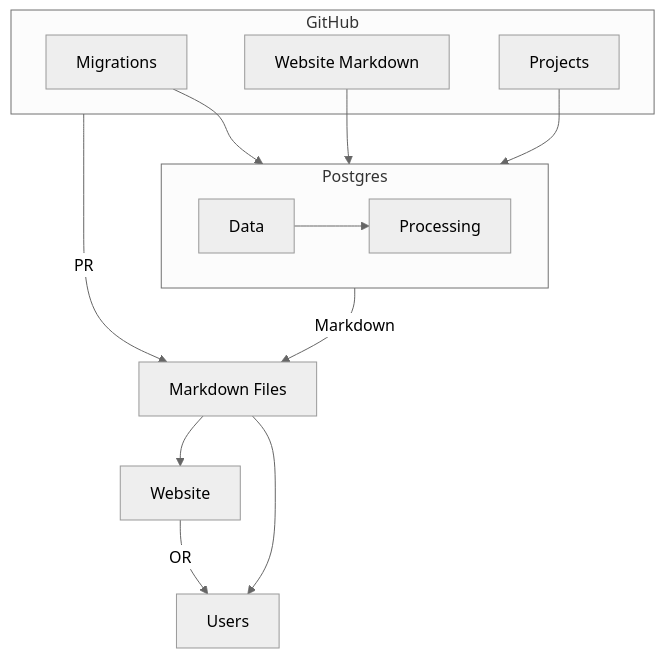
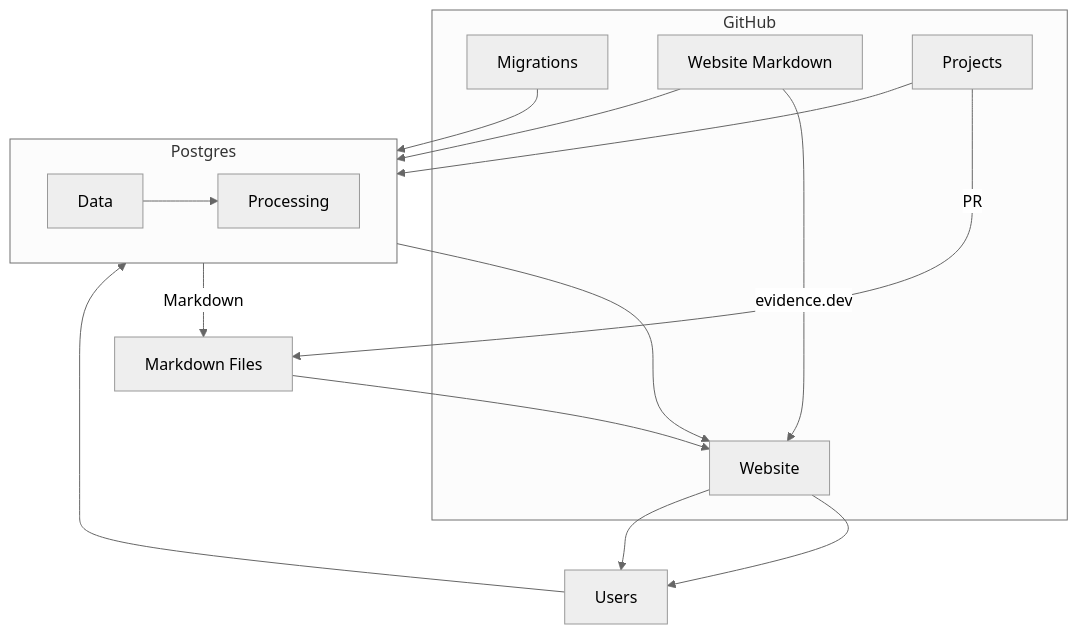
The diagram in README.md (FossNG/oss-leaderboard), drawn with Mermaid (neutral theme) before and after one commit.

Commit message:
update flow 2

````diff
--- a/README.md
+++ b/README.md
@@ -27,21 +27,23 @@
 ```mermaid
 graph TD;
     subgraph Postgres
         A[Data] --> B[Processing]
     end;
 
     subgraph GitHub
         G1[Migrations]
-        G2[Website Markdown]
+        G2[Website Markdown] -->|evidence.dev| E[Website]
         G3[Projects]
     end;
 
     Postgres -->|Markdown| D[Markdown Files];
-    D --> E[Website];
-    D --> F[Users];
-    E -->|OR| F;
-    GitHub -->|PR| D;
+    D --> E;
+    E --> F[Users];
+    F --> Postgres;
+    Postgres --> E;
+    G3 --> Postgres;
     G1 --> Postgres;
     G2 --> Postgres;
-    G3 --> Postgres;
+    G3 -->|PR| D;
+    E --> F;
 ```
````
